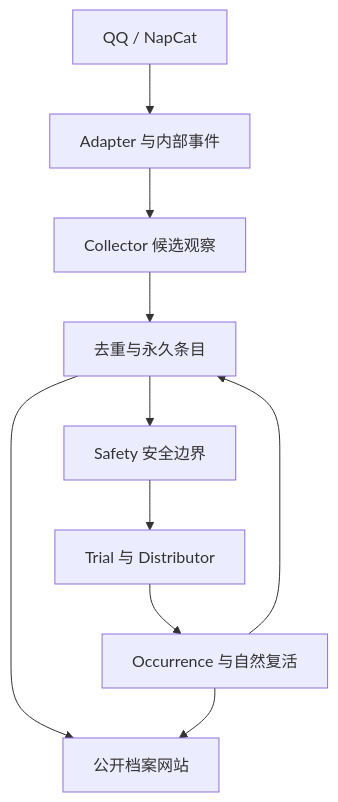
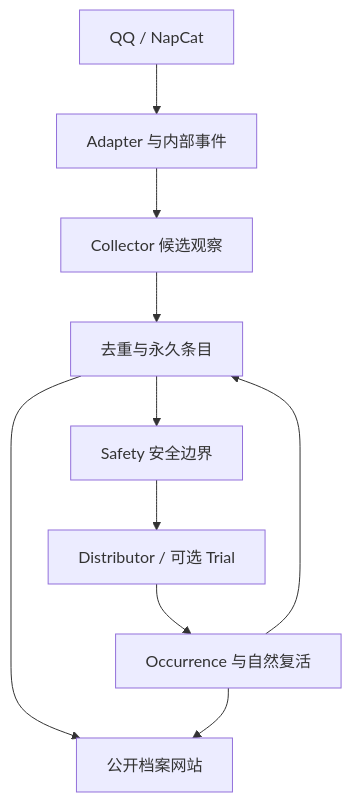
One commit to razuberiii/banshi changed the diagram in README.md. Above: the diagram before and after it, drawn with Mermaid. The commit also changed other lines of this file and 2 other files, not shown here.

````diff
--- a/README.md
+++ b/README.md
@@ -93,12 +93,12 @@
 ```mermaid
 flowchart TD
   A[QQ / NapCat] --> B[Adapter 与内部事件]
   B --> C[Collector 候选观察]
   C --> D[去重与永久条目]
   D --> E[Safety 安全边界]
-  E --> F[Trial 与 Distributor]
+  E --> F[Distributor / 可选 Trial]
   F --> G[Occurrence 与自然复活]
   G --> D
   D --> H[公开档案网站]
   G --> H
 ```
````
